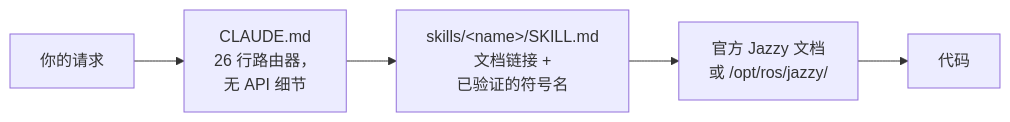
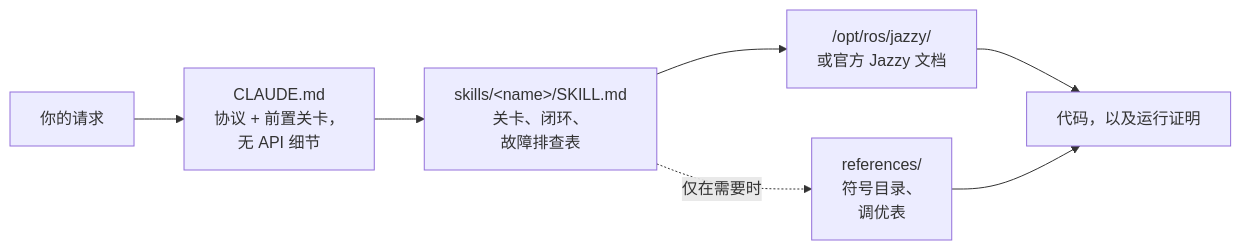
The diagram in README.zh.md (Leehyunbin0131/claude-ros2-skills), drawn with Mermaid before and after one commit. The commit also changed other lines of this file and 7 other files, not shown here.

````diff
--- a/README.zh.md
+++ b/README.zh.md
@@ -142,7 +155,9 @@
 ```mermaid
 flowchart LR
-    A["你的请求"] --> B["CLAUDE.md<br/>26 行路由器，<br/>无 API 细节"]
-    B --> C["skills/&lt;name&gt;/SKILL.md<br/>文档链接 +<br/>已验证的符号名"]
-    C --> D["官方 Jazzy 文档<br/>或 /opt/ros/jazzy/"]
-    D --> E["代码"]
+    A["你的请求"] --> B["CLAUDE.md<br/>协议 + 前置关卡，<br/>无 API 细节"]
+    B --> C["skills/&lt;name&gt;/SKILL.md<br/>关卡、闭环、<br/>故障排查表"]
+    C --> D["/opt/ros/jazzy/<br/>或官方 Jazzy 文档"]
+    C -.仅在需要时.-> R["references/<br/>符号目录、<br/>调优表"]
+    D --> E["代码，以及运行证明"]
+    R --> E
 ```
````
